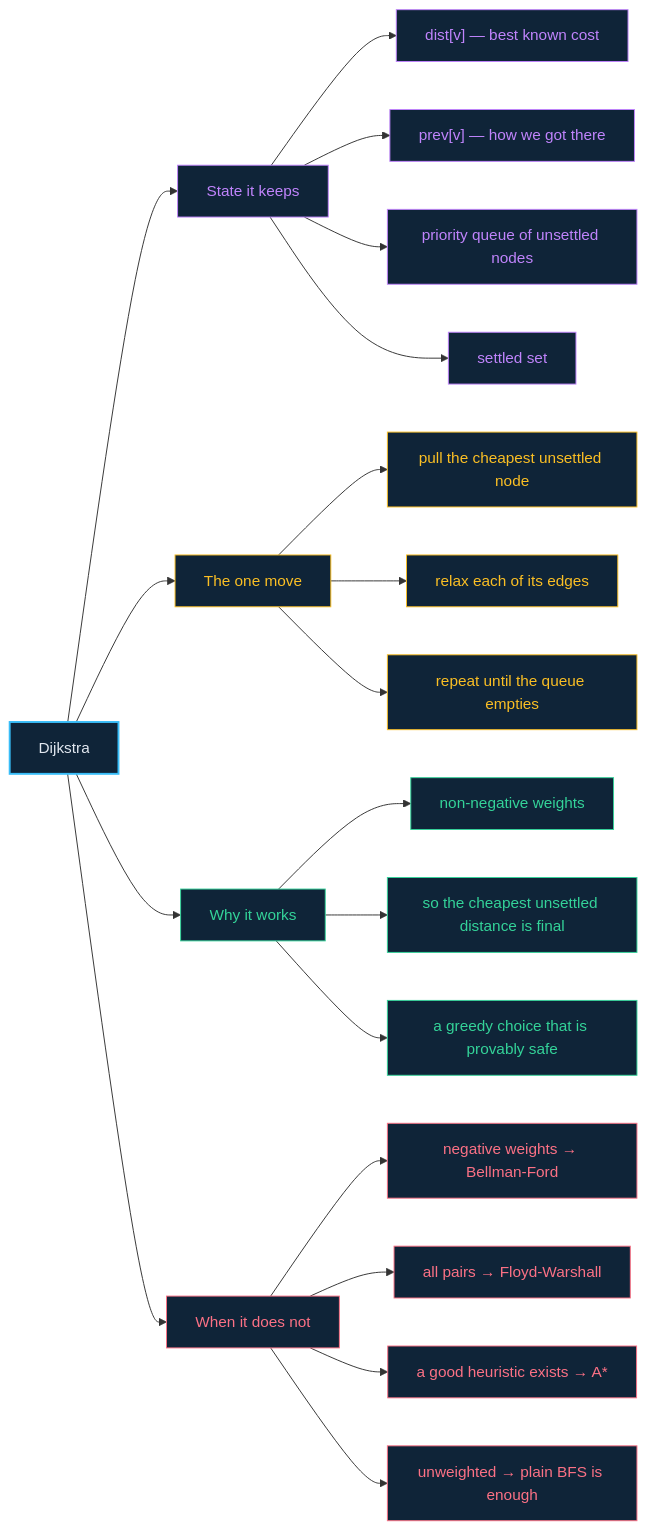
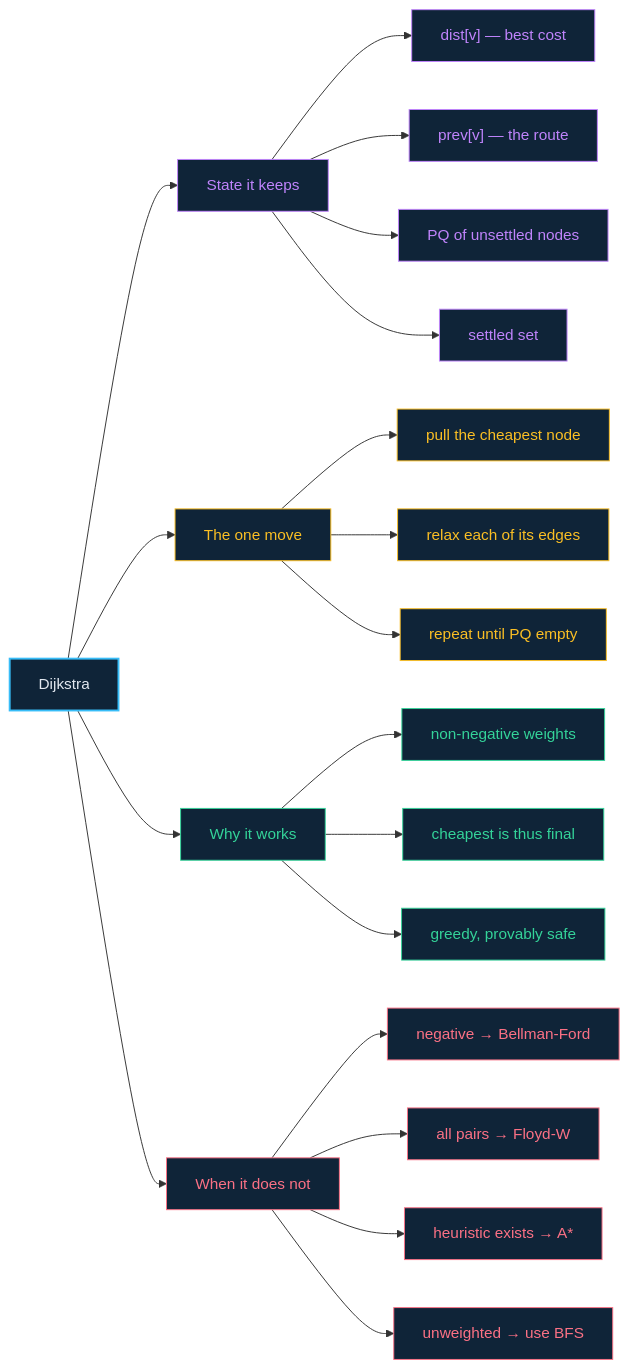
The diagram in docs/18-dijkstra.md (rajeshgoyalg/Learn-Data-Structures-and-Algorithms-Visually), drawn with Mermaid before and after one commit. The commit also changed 21 other files, not shown here.

First line of the commit message:
Shorten every mermaid label so diagrams cannot overflow and clip

````diff
--- a/docs/18-dijkstra.md
+++ b/docs/18-dijkstra.md
@@ -40,36 +40,36 @@
 ```mermaid
 flowchart LR
   D["Dijkstra"] --> S["State it keeps"]
   D --> L["The one move"]
   D --> W["Why it works"]
   D --> A["When it does not"]
 
-  S --> S1["dist[v] — best known cost"]
-  S --> S2["prev[v] — how we got there"]
-  S --> S3["priority queue of unsettled nodes"]
+  S --> S1["dist[v] — best cost"]
+  S --> S2["prev[v] — the route"]
+  S --> S3["PQ of unsettled nodes"]
   S --> S4["settled set"]
 
-  L --> L1["pull the cheapest unsettled node"]
+  L --> L1["pull the cheapest node"]
   L --> L2["relax each of its edges"]
-  L --> L3["repeat until the queue empties"]
+  L --> L3["repeat until PQ empty"]
 
   W --> W1["non-negative weights"]
-  W --> W2["so the cheapest unsettled distance is final"]
-  W --> W3["a greedy choice that is provably safe"]
+  W --> W2["cheapest is thus final"]
+  W --> W3["greedy, provably safe"]
 
-  A --> A1["negative weights → Bellman-Ford"]
-  A --> A2["all pairs → Floyd-Warshall"]
-  A --> A3["a good heuristic exists → A*"]
-  A --> A4["unweighted → plain BFS is enough"]
+  A --> A1["negative → Bellman-Ford"]
+  A --> A2["all pairs → Floyd-W"]
+  A --> A3["heuristic exists → A*"]
+  A --> A4["unweighted → use BFS"]
 
   classDef root fill:#0f2438,stroke:#38bdf8,stroke-width:2px,color:#e2e8f0
   classDef s fill:#0f2438,stroke:#c084fc,color:#c084fc
   classDef l fill:#0f2438,stroke:#fbbf24,color:#fbbf24
   classDef w fill:#0f2438,stroke:#34d399,color:#34d399
   classDef a fill:#0f2438,stroke:#fb7185,color:#fb7185
   class D root
   class S,S1,S2,S3,S4 s
   class L,L1,L2,L3 l
   class W,W1,W2,W3 w
   class A,A1,A2,A3,A4 a
 ```
````
